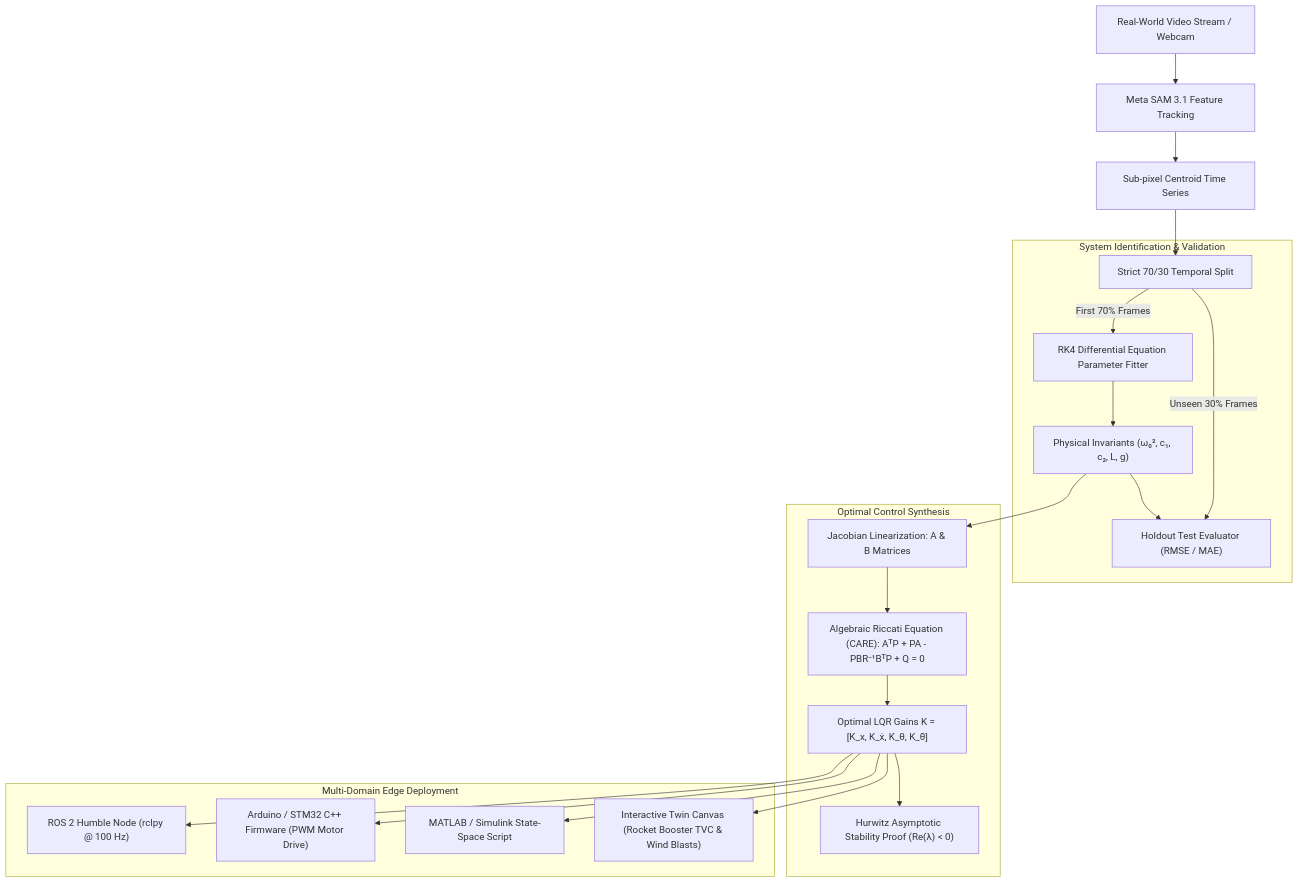
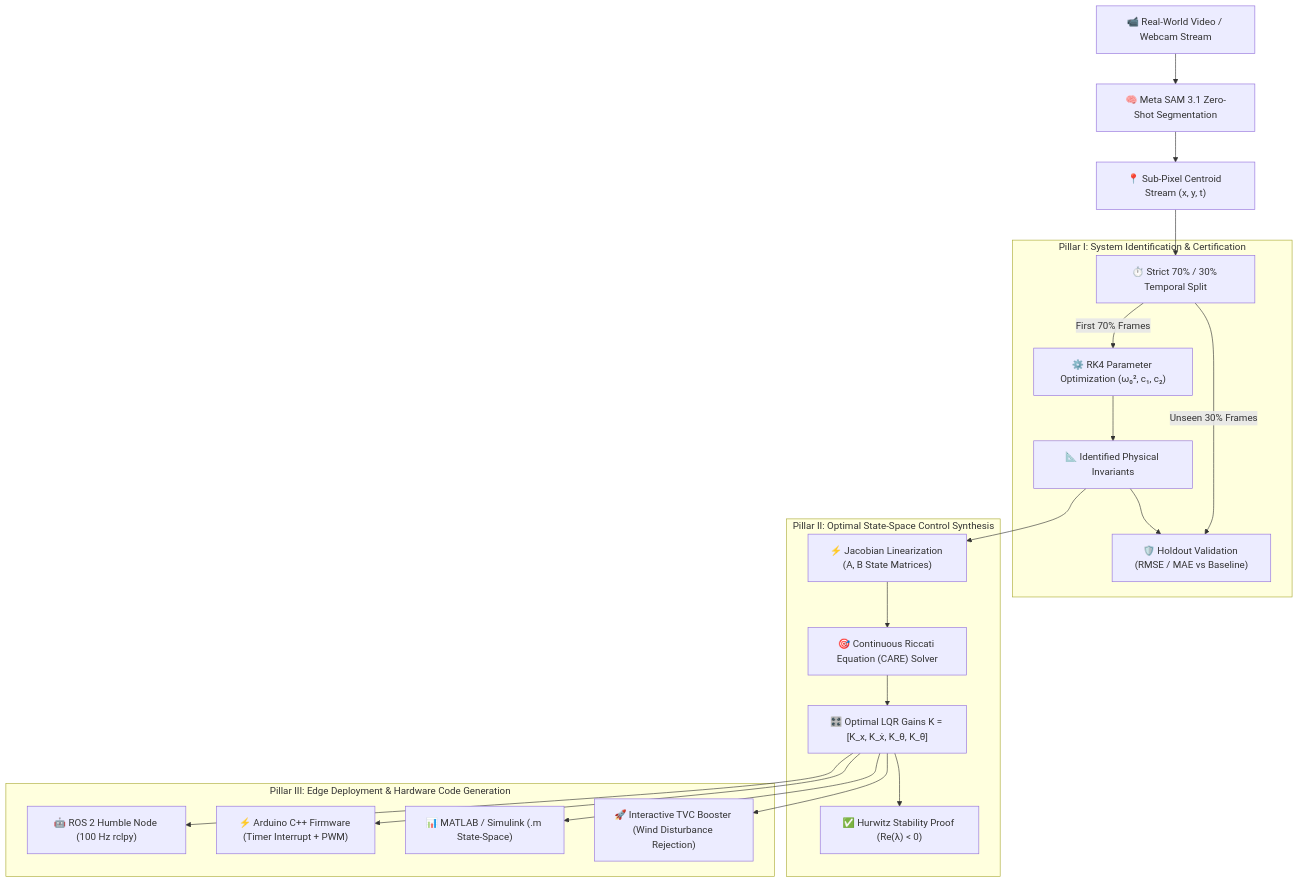
Before and after one commit to Afnan-0206/AetherTwin: the diagram in README.md, drawn with Mermaid. The commit also changed other lines of this file, not shown here.

Commit message:
docs: realign file structure, test matrix, and executive presentation in readme

````diff
--- a/README.md
+++ b/README.md
@@ -36,27 +42,27 @@
 ```mermaid
 flowchart TD
-    Video[Real-World Video Stream / Webcam] --> SAM[Meta SAM 3.1 Feature Tracking]
-    SAM --> Centroid[Sub-pixel Centroid Time Series]
-    Centroid --> Split[Strict 70/30 Temporal Split]
+    Video["📹 Real-World Video / Webcam Stream"] --> SAM["🧠 Meta SAM 3.1 Zero-Shot Segmentation"]
+    SAM --> Centroid["📍 Sub-Pixel Centroid Stream (x, y, t)"]
+    Centroid --> Split["⏱️ Strict 70% / 30% Temporal Split"]
     
-    subgraph System Identification & Validation
-        Split -->|First 70% Frames| Fitter[RK4 Differential Equation Parameter Fitter]
-        Fitter --> Invariants["Physical Invariants (ω₀², c₁, c₂, L, g)"]
-        Split -->|Unseen 30% Frames| Holdout["Holdout Test Evaluator (RMSE / MAE)"]
+    subgraph S1["Pillar I: System Identification & Certification"]
+        Split -->|First 70% Frames| Fitter["⚙️ RK4 Parameter Optimization (ω₀², c₁, c₂)"]
+        Fitter --> Invariants["📐 Identified Physical Invariants"]
+        Split -->|Unseen 30% Frames| Holdout["🛡️ Holdout Validation (RMSE / MAE vs Baseline)"]
         Invariants --> Holdout
     end
     
-    subgraph Optimal Control Synthesis
-        Invariants --> Linearize[Jacobian Linearization: A & B Matrices]
-        Linearize --> Riccati["Algebraic Riccati Equation (CARE): AᵀP + PA - PBR⁻¹BᵀP + Q = 0"]
-        Riccati --> Gains["Optimal LQR Gains K = [K_x, K_ẋ, K_θ, K_θ̇]"]
-        Gains --> Hurwitz["Hurwitz Asymptotic Stability Proof (Re(λ) < 0)"]
+    subgraph S2["Pillar II: Optimal State-Space Control Synthesis"]
+        Invariants --> Linearize["⚡ Jacobian Linearization (A, B State Matrices)"]
+        Linearize --> Riccati["🎯 Continuous Riccati Equation (CARE) Solver"]
+        Riccati --> Gains["🎛️ Optimal LQR Gains K = [K_x, K_ẋ, K_θ, K_θ̇]"]
+        Gains --> Hurwitz["✅ Hurwitz Stability Proof (Re(λ) < 0)"]
     end
     
-    subgraph Multi-Domain Edge Deployment
-        Gains --> ROS2["ROS 2 Humble Node (rclpy @ 100 Hz)"]
-        Gains --> Arduino["Arduino / STM32 C++ Firmware (PWM Motor Drive)"]
-        Gains --> Simulink["MATLAB / Simulink State-Space Script"]
-        Gains --> LiveTwin["Interactive Twin Canvas (Rocket Booster TVC & Wind Blasts)"]
+    subgraph S3["Pillar III: Edge Deployment & Hardware Code Generation"]
+        Gains --> ROS2["🤖 ROS 2 Humble Node (100 Hz rclpy)"]
+        Gains --> Arduino["⚡ Arduino C++ Firmware (Timer Interrupt + PWM)"]
+        Gains --> Simulink["📊 MATLAB / Simulink (.m State-Space)"]
+        Gains --> LiveTwin["🚀 Interactive TVC Booster (Wind Disturbance Rejection)"]
     end
 ```
````
